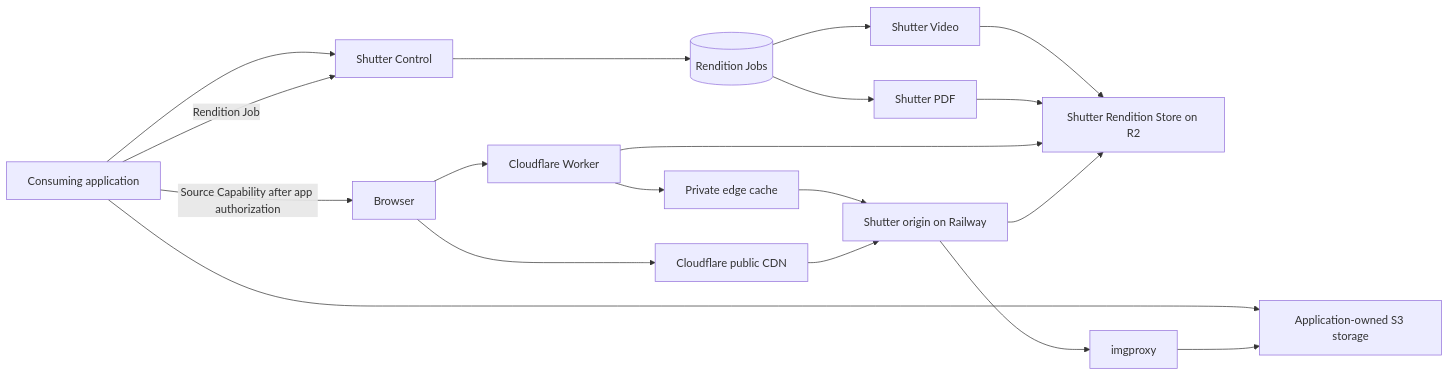
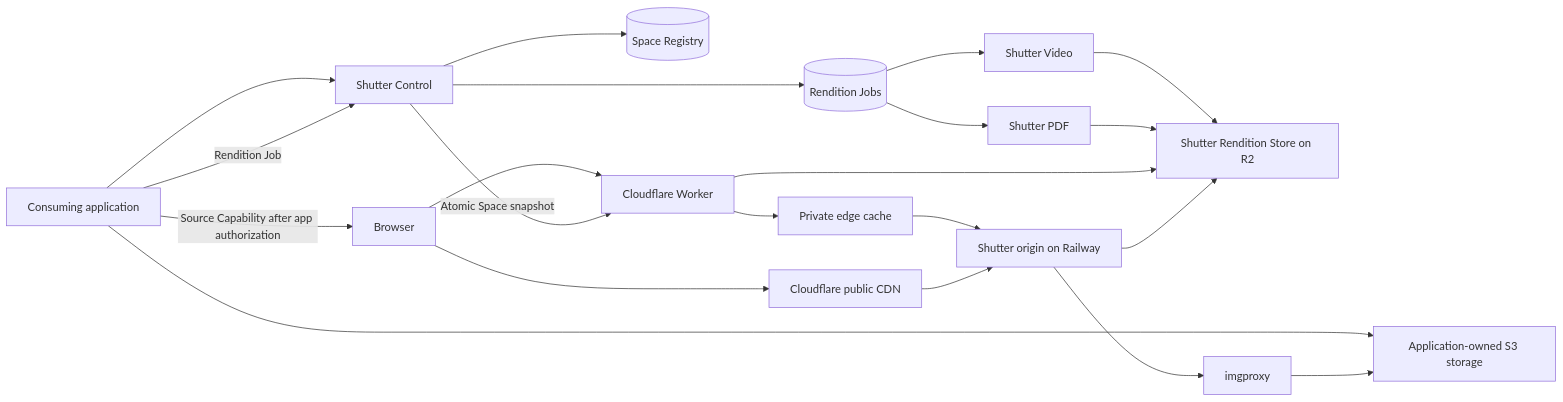
One commit to Traydr/shutter changed the diagram in docs/architecture.md. Above: the diagram before and after it, drawn with Mermaid. The commit also changed other lines of this file and 61 other files, not shown here.

````diff
--- a/docs/architecture.md
+++ b/docs/architecture.md
@@ -13,20 +13,22 @@
 ```mermaid
 flowchart LR
   app["Consuming application"] --> control["Shutter Control"]
+  control --> registry[("Space Registry")]
   app --> source["Application-owned S3 storage"]
   app -->|"Rendition Job"| control
   control --> jobs[("Rendition Jobs")]
   jobs --> video["Shutter Video"]
   jobs --> pdf["Shutter PDF"]
   video --> derived["Shutter Rendition Store on R2"]
   pdf --> derived
   browser["Browser"] --> worker["Cloudflare Worker"]
+  control -->|"Atomic Space snapshot"| worker
   worker --> privateCache["Private edge cache"]
   browser --> publicCache["Cloudflare public CDN"]
   privateCache --> origin["Shutter origin on Railway"]
   publicCache --> origin
   origin --> image["imgproxy"] --> source
   worker --> derived
   origin --> derived
   app -->|"Source Capability after app authorization"| browser
 ```
````
